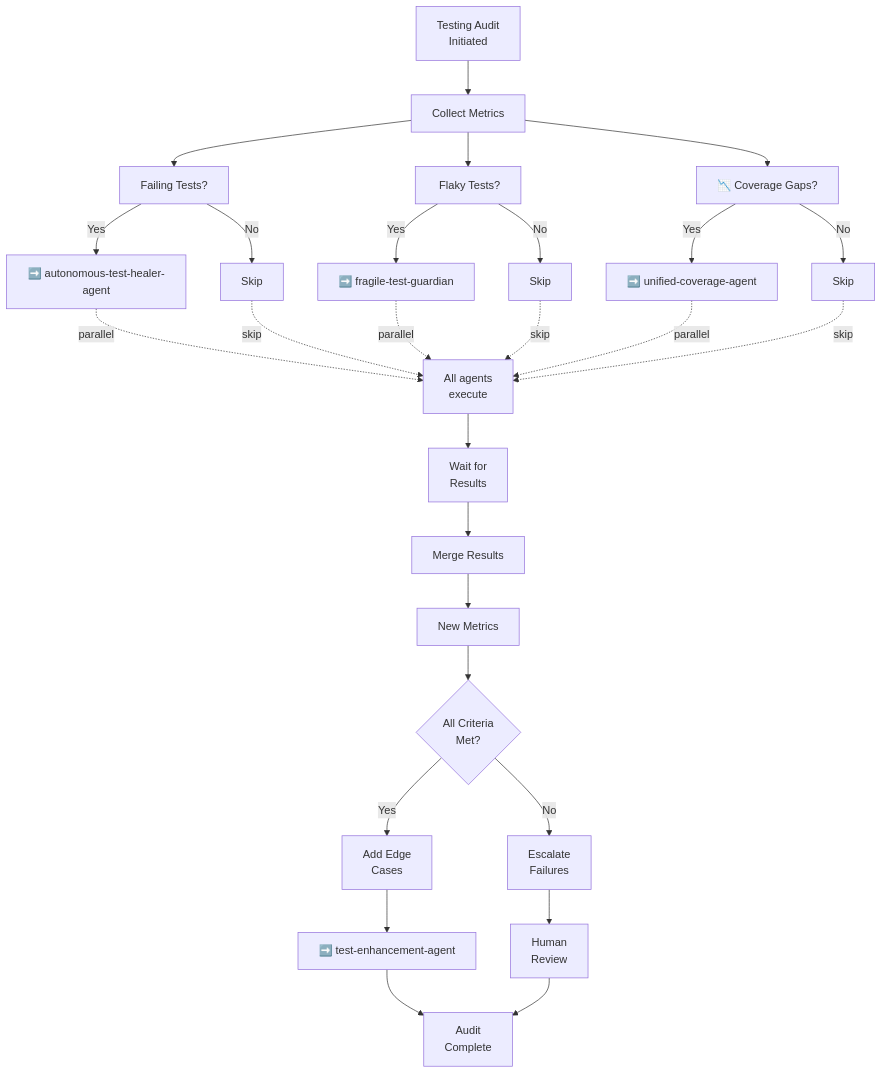
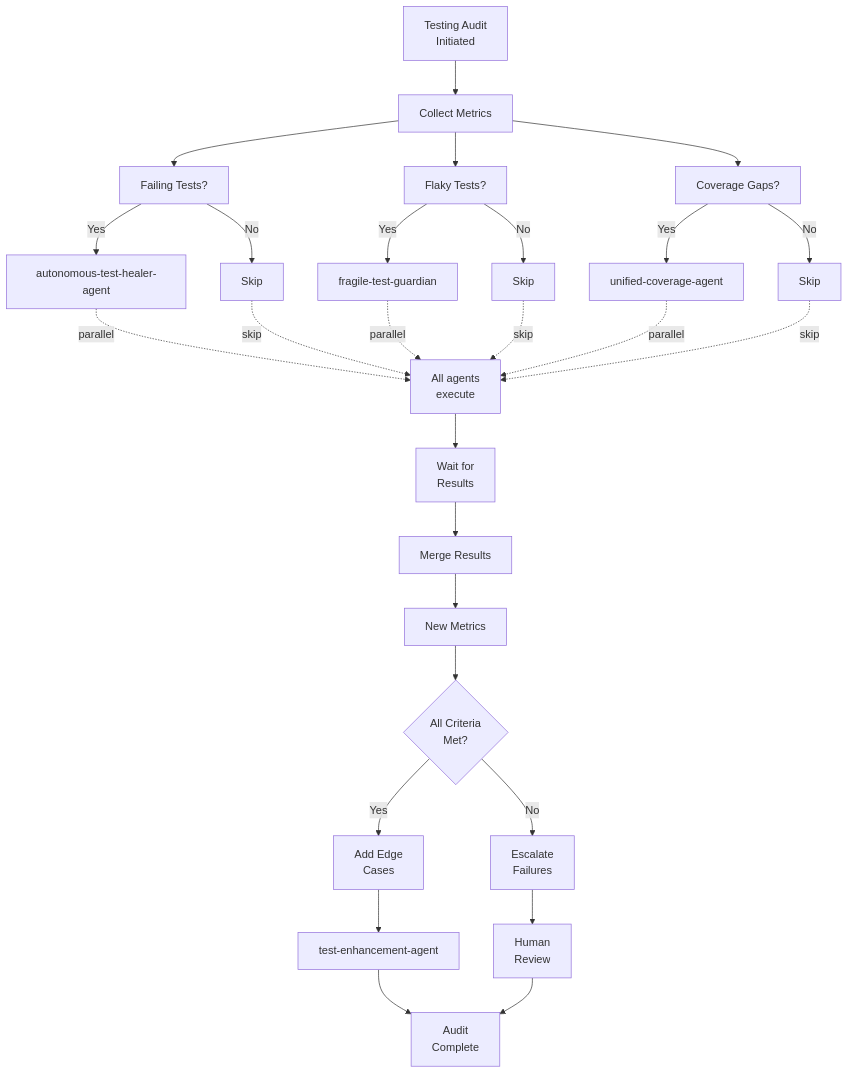
The fourth of 10 diagrams in docs/agent/CUSTOM_AGENT_COORDINATION_WORKFLOWS.md (Aries-Serpent/_codex_), drawn with Mermaid before and after one commit. The commit also changed other lines of this file and 4117 other files, not shown here.

````diff
--- a/docs/agent/CUSTOM_AGENT_COORDINATION_WORKFLOWS.md
+++ b/docs/agent/CUSTOM_AGENT_COORDINATION_WORKFLOWS.md
@@ -193,41 +267,50 @@
 ```mermaid
 graph TD
-    A[" Testing Audit<br/>Initiated"] --> B[" Collect Metrics"]
 
-    B --> C[" Failing Tests?"]
-    B --> D["️ Flaky Tests?"]
-    B --> E["📉 Coverage Gaps?"]
+ A[" Testing Audit<br/>Initiated"] --> B[" Collect Metrics"]
 
-    C -->|Yes| C1["➡️ autonomous-test-healer-agent"]
-    C -->|No| C2["Skip"]
+ B --> C[" Failing Tests?"]
 
-    D -->|Yes| D1["➡️ fragile-test-guardian"]
-    D -->|No| D2["Skip"]
+ B --> D[" Flaky Tests?"]
 
-    E -->|Yes| E1["➡️ unified-coverage-agent"]
-    E -->|No| E2["Skip"]
+ B --> E[" Coverage Gaps?"]
 
-    C1 -.->|parallel| X[" All agents<br/>execute"]
-    D1 -.->|parallel| X
-    E1 -.->|parallel| X
-    C2 -.->|skip| X
-    D2 -.->|skip| X
-    E2 -.->|skip| X
+ C -->|Yes| C1[" autonomous-test-healer-agent"]
 
-    X --> F[" Wait for<br/>Results"]
+ C -->|No| C2["Skip"]
 
-    F --> G[" Merge Results"]
+ D -->|Yes| D1[" fragile-test-guardian"]
 
-    G --> H[" New Metrics"]
+ D -->|No| D2["Skip"]
 
-    H --> I{All Criteria<br/>Met?}
+ E -->|Yes| E1[" unified-coverage-agent"]
 
-    I -->|Yes| J[" Add Edge<br/>Cases"]
-    I -->|No| K[" Escalate<br/>Failures"]
+ E -->|No| E2["Skip"]
 
-    J --> L["➡️ test-enhancement-agent"]
-    K --> M[" Human<br/>Review"]
+ C1 -.->|parallel| X[" All agents<br/>execute"]
+ D1 -.->|parallel| X
+ E1 -.->|parallel| X
+ C2 -.->|skip| X
+ D2 -.->|skip| X
+ E2 -.->|skip| X
 
-    L --> N[" Audit<br/>Complete"]
-    M --> N
+ X --> F[" Wait for<br/>Results"]
+
+ F --> G[" Merge Results"]
+
+ G --> H[" New Metrics"]
+
+ H --> I{All Criteria<br/>Met?}
+
+ I -->|Yes| J[" Add Edge<br/>Cases"]
+
+ I -->|No| K[" Escalate<br/>Failures"]
+
+ J --> L[" test-enhancement-agent"]
+
+ K --> M[" Human<br/>Review"]
+
+ L --> N[" Audit<br/>Complete"]
+
+ M --> N
 ```
````
